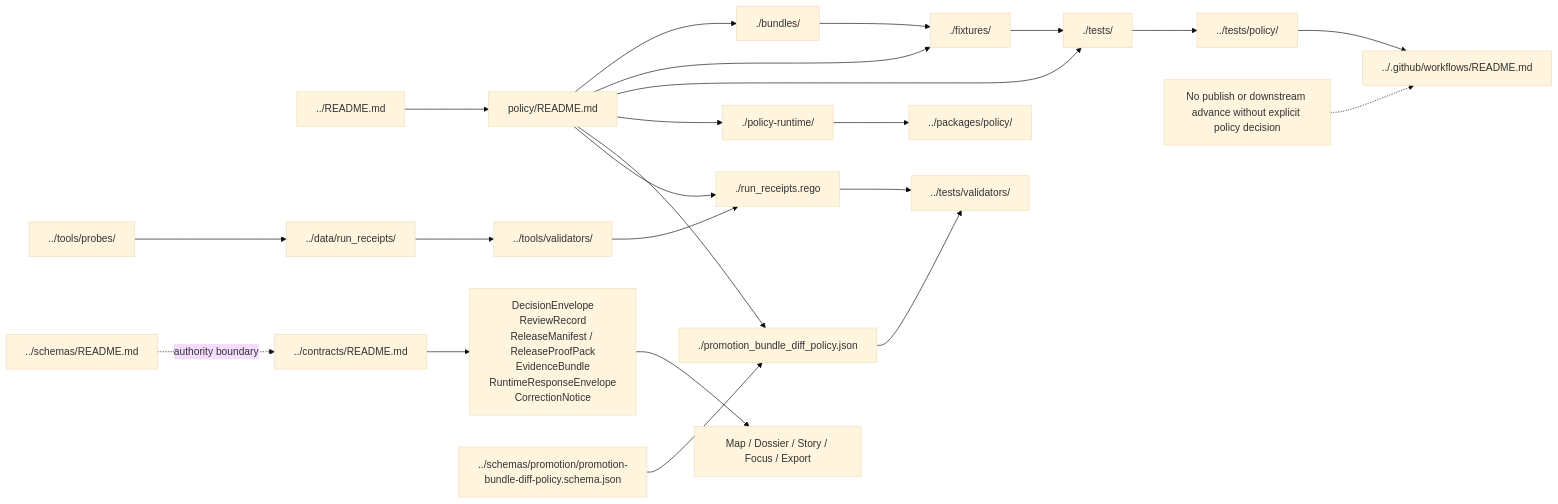
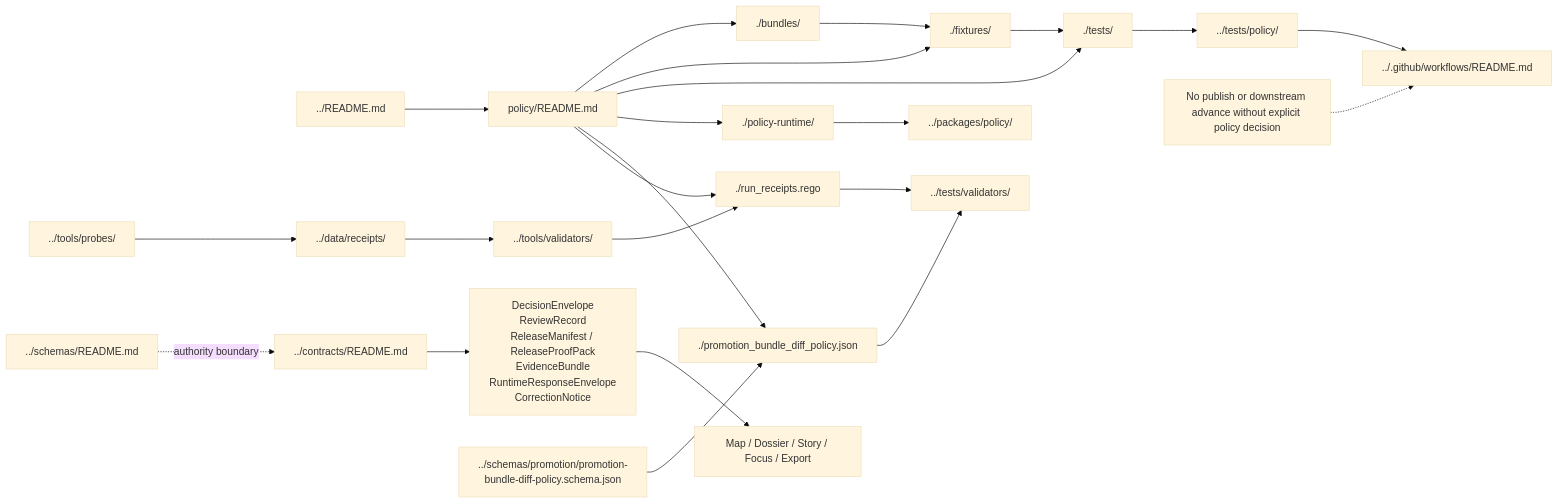
The diagram in policy/README.md (bartytime4life/Kansas-Frontier-Matrix), drawn with Mermaid (base theme) before and after one commit. The commit also changed other lines of this file, not shown here.

````diff
--- a/policy/README.md
+++ b/policy/README.md
@@ -522,29 +527,29 @@
 ```mermaid
 flowchart LR
   Root["../README.md"] --> Policy["policy/README.md"]
   Policy --> Bundles["./bundles/"]
   Policy --> Fixtures["./fixtures/"]
   Policy --> PolicyTests["./tests/"]
   Policy --> PolicyRuntime["./policy-runtime/"]
   Policy --> DiffPolicy["./promotion_bundle_diff_policy.json"]
   Policy --> ReceiptPolicy["./run_receipts.rego"]
 
-  Probes["../tools/probes/"] --> RunReceipts["../data/run_receipts/"]
-  RunReceipts --> Validators["../tools/validators/"]
+  Probes["../tools/probes/"] --> Receipts["../data/receipts/"]
+  Receipts --> Validators["../tools/validators/"]
   Validators --> ReceiptPolicy
 
   Contracts["../contracts/README.md"] --> TrustObjects["DecisionEnvelope<br/>ReviewRecord<br/>ReleaseManifest / ReleaseProofPack<br/>EvidenceBundle<br/>RuntimeResponseEnvelope<br/>CorrectionNotice"]
   Schemas["../schemas/README.md"] -. authority boundary .-> Contracts
   DiffPolicySchema["../schemas/promotion/promotion-bundle-diff-policy.schema.json"] --> DiffPolicy
 
   Bundles --> Fixtures
   Fixtures --> PolicyTests
   PolicyRuntime --> PackageSupport["../packages/policy/"]
   PolicyTests --> RepoProof["../tests/policy/"]
   DiffPolicy --> ValidatorProof["../tests/validators/"]
   ReceiptPolicy --> ValidatorProof
   RepoProof --> Workflows["../.github/workflows/README.md"]
   TrustObjects --> Surfaces["Map / Dossier / Story / Focus / Export"]
 
   note1["No publish or downstream advance without explicit policy decision"] -.-> Workflows
 ```
````
